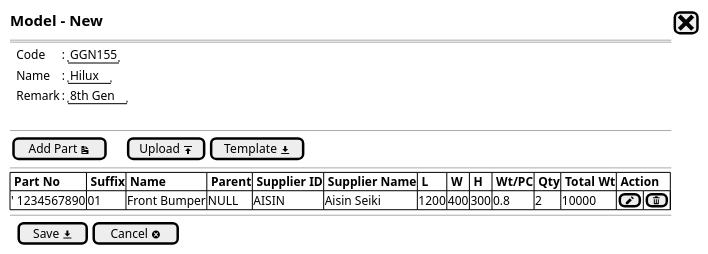
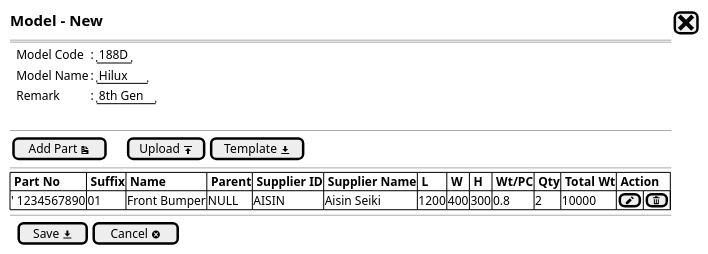
The diagram in Model/model - newstep1b.puml (ari-fikri/packing-cost-mockup), drawn with PlantUML before and after one commit. The commit also changed 5 other files, not shown here.

Commit message:
- rename code menjadi model code - rename name menjadi model name - update ouput di grid view menggunakan data real

```diff
--- a/Model/model - newstep1b.puml
+++ b/Model/model - newstep1b.puml
@@ -1,27 +1,27 @@
 @startsalt
 {
   <size:15><b>Model - New |[<size:25><&x>]|*
   ==
   
   {   
-    .|Code           |: |"GGN155"|*
-    .|Name           |: |"Hilux"| *
+    .|Model Code |: |"188D" |*
+    .|Model Name |: |"Hilux " |*
     .|Remark     |: |"8th Gen"|*
   }
   .
 --
   {
     [Add Part <&document>]|.|.|.|[Upload <&data-transfer-upload>]| [Template <&data-transfer-download>]|
   }
   --
   {#
     |<b> Part No |<b> Suffix |<b> Name |<b> Parent |<b> Supplier ID |<b> Supplier Name |<b> L |<b> W |<b> H |<b> Wt/PC |<b> Qty |<b> Total Wt |<b> Action |*|*|*|*|*|*|*
     |' 1234567890 | 01 | Front Bumper | NULL | AISIN | Aisin Seiki | 1200 | 400 | 300 | 0.8 | 2 | 10000 |[<&pencil>]|[<&trash>]|*
   }
   --
   {
   .|[ Save <&data-transfer-download>] |  [Cancel <&circle-x> ]|*
   }
 }
 
   @endsalt
```
